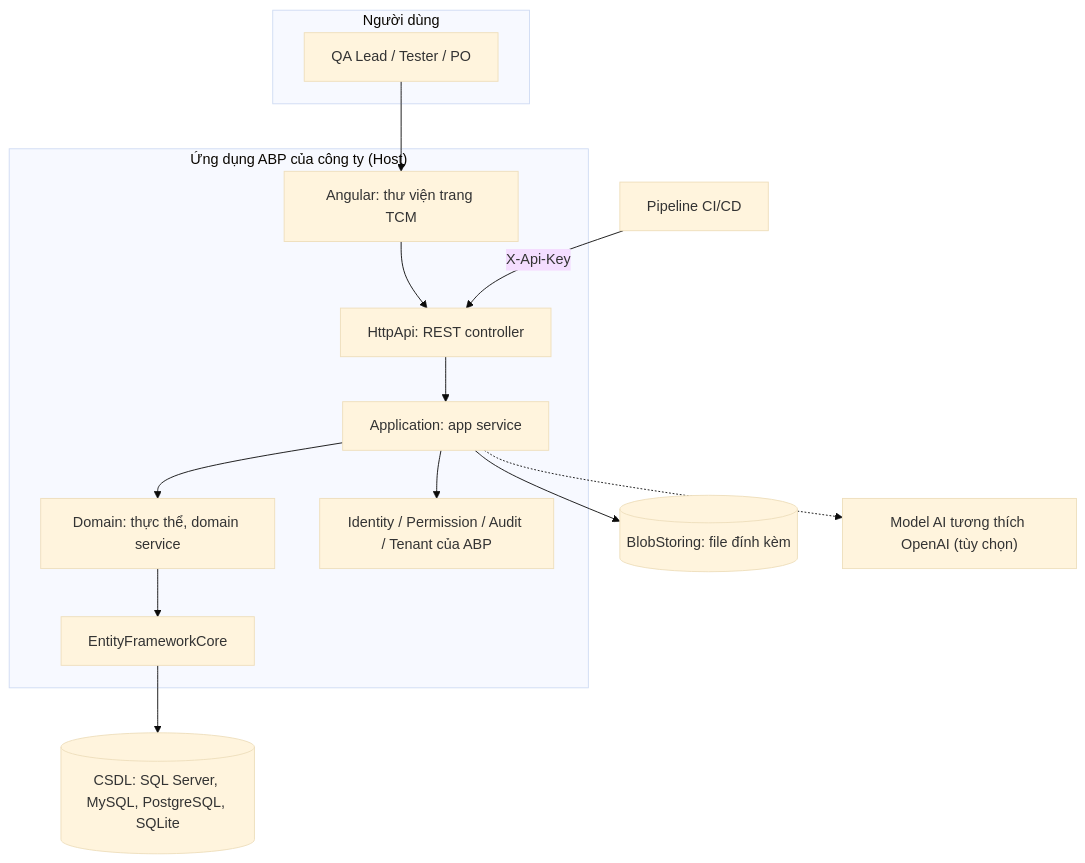
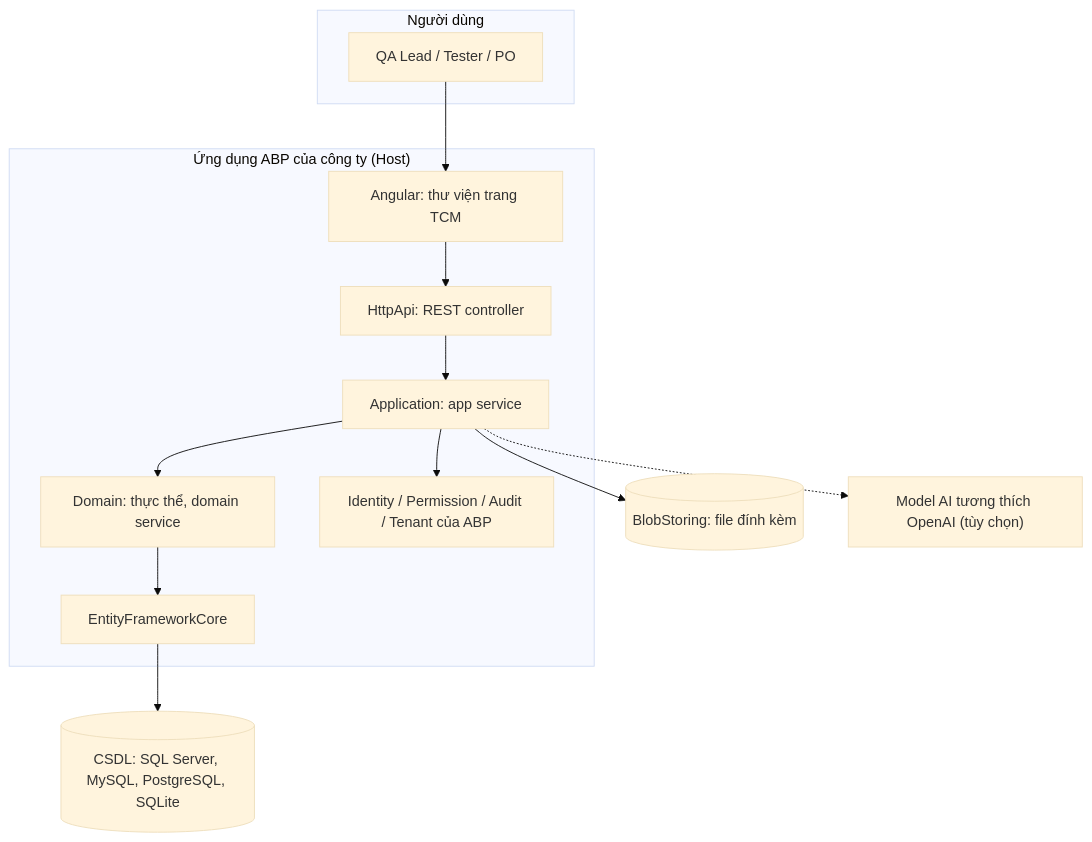
Before and after one commit to Huyit2k5/testcase_manager: the second of 19 diagrams in BUSINESS_ANALYSIS_TEST_CASE_MANAGEMENT.md, drawn with Mermaid (base theme). The commit also changed other lines of this file, not shown here.

````diff
--- a/BUSINESS_ANALYSIS_TEST_CASE_MANAGEMENT.md
+++ b/BUSINESS_ANALYSIS_TEST_CASE_MANAGEMENT.md
@@ -154,25 +149,23 @@
 ```mermaid
 flowchart TB
     subgraph Users["Người dùng"]
         U1["QA Lead / Tester / PO"]
     end
     subgraph Host["Ứng dụng ABP của công ty (Host)"]
         UI["Angular: thư viện trang TCM"]
         API["HttpApi: REST controller"]
         APP["Application: app service"]
         DOM["Domain: thực thể, domain service"]
         EF["EntityFrameworkCore"]
         ID["Identity / Permission / Audit / Tenant của ABP"]
     end
     DB[("CSDL: SQL Server, MySQL, PostgreSQL, SQLite")]
     BLOB[("BlobStoring: file đính kèm")]
-    CI["Pipeline CI/CD"]
     LLM["Model AI tương thích OpenAI (tùy chọn)"]
     U1 --> UI
     UI --> API
-    CI -->|"X-Api-Key"| API
     API --> APP --> DOM --> EF --> DB
     APP --> BLOB
     APP -.-> LLM
     APP --> ID
 ```
````
